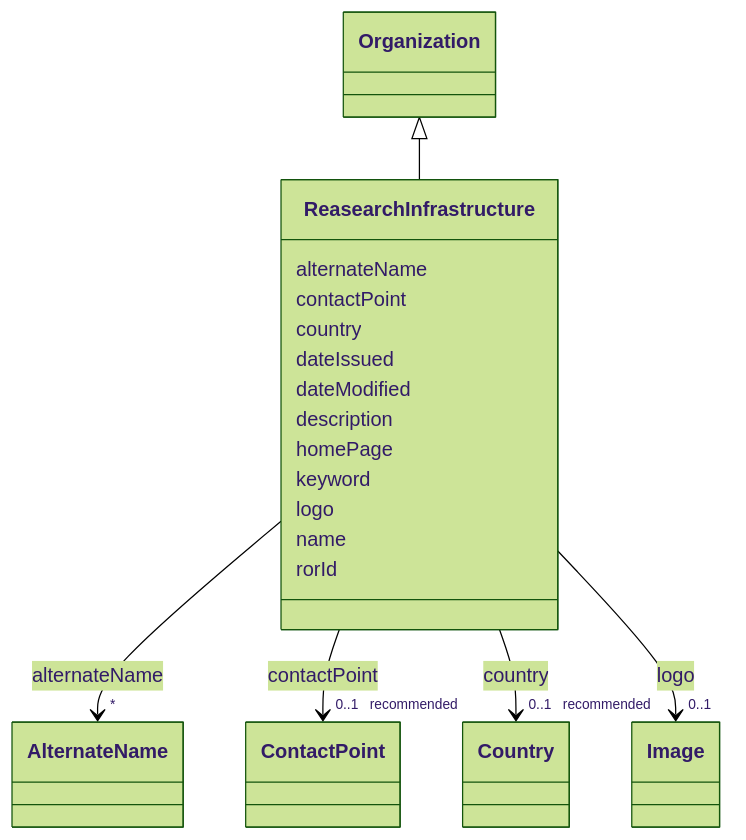
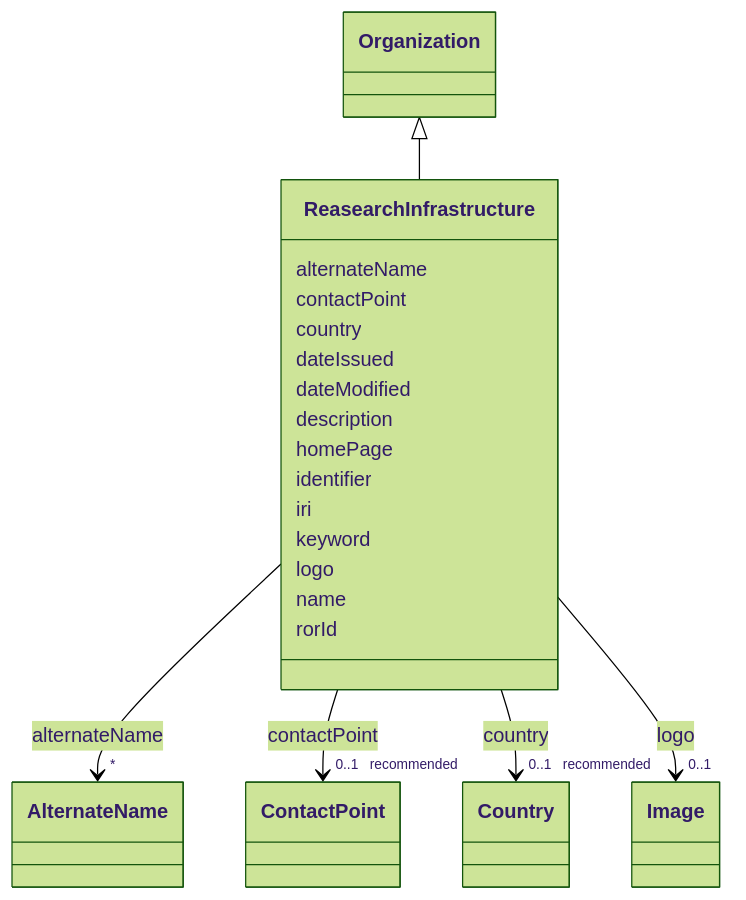
The diagram in models/docs/ReasearchInfrastructure.md (EVORA-project/evora-ontology), drawn with Mermaid (forest theme) before and after one commit. The commit also changed other lines of this file and 391 other files, not shown here.

````diff
--- a/models/docs/ReasearchInfrastructure.md
+++ b/models/docs/ReasearchInfrastructure.md
@@ -19,59 +19,63 @@
 ```mermaid
  classDiagram
     class ReasearchInfrastructure
     click ReasearchInfrastructure href "../ReasearchInfrastructure"
       Organization <|-- ReasearchInfrastructure
         click Organization href "../Organization"
       
       ReasearchInfrastructure : alternateName
         
           
     
     
     ReasearchInfrastructure --> "*" AlternateName : alternateName
     click AlternateName href "../AlternateName"
 
         
       ReasearchInfrastructure : contactPoint
         
           
     
     
     ReasearchInfrastructure --> "0..1 _recommended_" ContactPoint : contactPoint
     click ContactPoint href "../ContactPoint"
 
         
       ReasearchInfrastructure : country
         
           
     
     
     ReasearchInfrastructure --> "0..1 _recommended_" Country : country
     click Country href "../Country"
 
         
       ReasearchInfrastructure : dateIssued
         
       ReasearchInfrastructure : dateModified
         
       ReasearchInfrastructure : description
         
       ReasearchInfrastructure : homePage
         
+      ReasearchInfrastructure : identifier
+        
+      ReasearchInfrastructure : iri
+        
       ReasearchInfrastructure : keyword
         
       ReasearchInfrastructure : logo
         
           
     
     
     ReasearchInfrastructure --> "0..1" Image : logo
     click Image href "../Image"
 
         
       ReasearchInfrastructure : name
         
       ReasearchInfrastructure : rorId
         
       
 ```
````
